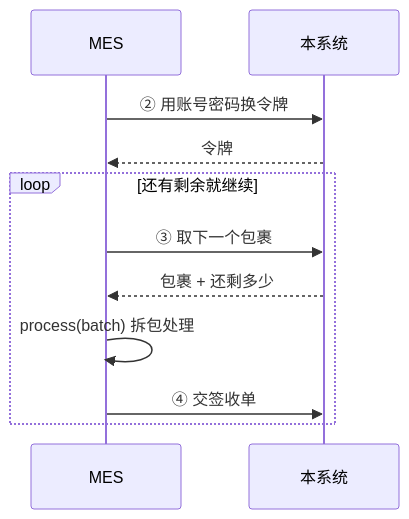
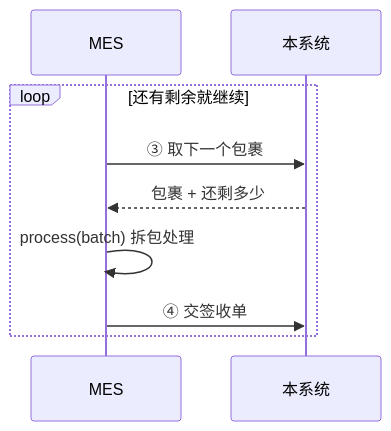
One commit to Createsnow/sn-center changed the second of 2 diagrams in docs/SN 防重管控 · MES 对接说明（精简版）.md. Above: the diagram before and after it, drawn with Mermaid. The commit also changed other lines of this file and 18 other files, not shown here.

````diff
--- a/docs/SN 防重管控 · MES 对接说明（精简版）.md
+++ b/docs/SN 防重管控 · MES 对接说明（精简版）.md
@@ -134,13 +132,11 @@
 ```mermaid
 sequenceDiagram
   participant M as MES
   participant S as 本系统
-  M->>S: ② 用账号密码换令牌
-  S-->>M: 令牌
   loop 还有剩余就继续
     M->>S: ③ 取下一个包裹
     S-->>M: 包裹 + 还剩多少
     M->>M: process(batch) 拆包处理
     M->>S: ④ 交签收单
   end
 ```
````
